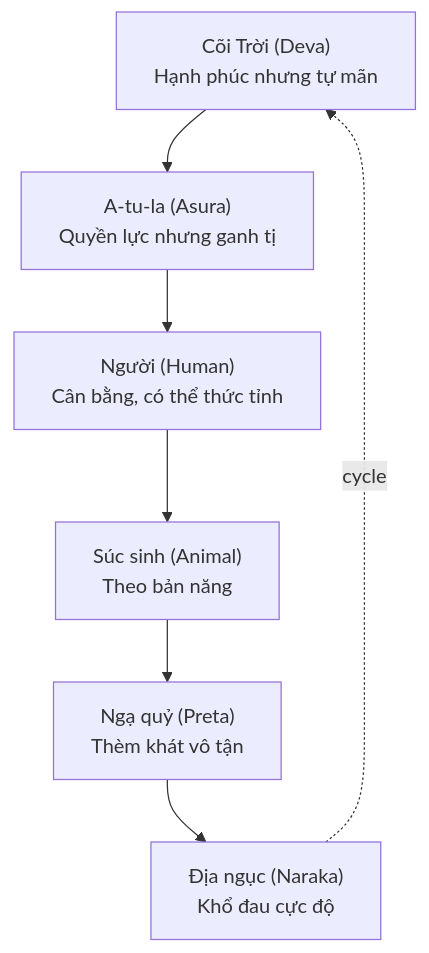
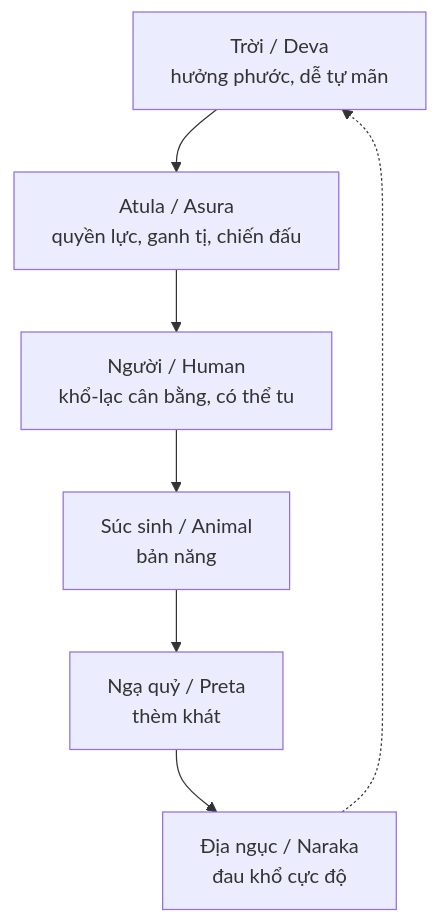
Before and after one commit to dyukahi/knowledge: the first of 3 diagrams in esoterica/Atula.md, drawn with Mermaid. The commit also changed other lines of this file and 5 other files, not shown here.

````diff
--- a/esoterica/Atula.md
+++ b/esoterica/Atula.md
@@ -23,12 +42,11 @@
 ```mermaid
 flowchart TB
-    D["Cõi Trời (Deva)<br/>Hạnh phúc nhưng tự mãn"]
-    A["A-tu-la (Asura)<br/>Quyền lực nhưng ganh tị"]
-    H["Người (Human)<br/>Cân bằng, có thể thức tỉnh"]
-    An["Súc sinh (Animal)<br/>Theo bản năng"]
-    P["Ngạ quỷ (Preta)<br/>Thèm khát vô tận"]
-    N["Địa ngục (Naraka)<br/>Khổ đau cực độ"]
-    
-    D --> A --> H --> An --> P --> N
-    N -.->|"cycle"| D
+    D["Trời / Deva<br/>hưởng phước, dễ tự mãn"]
+    A["Atula / Asura<br/>quyền lực, ganh tị, chiến đấu"]
+    H["Người / Human<br/>khổ-lạc cân bằng, có thể tu"]
+    AN["Súc sinh / Animal<br/>bản năng"]
+    P["Ngạ quỷ / Preta<br/>thèm khát"]
+    N["Địa ngục / Naraka<br/>đau khổ cực độ"]
+    D --> A --> H --> AN --> P --> N
+    N -.-> D
 ```
````
